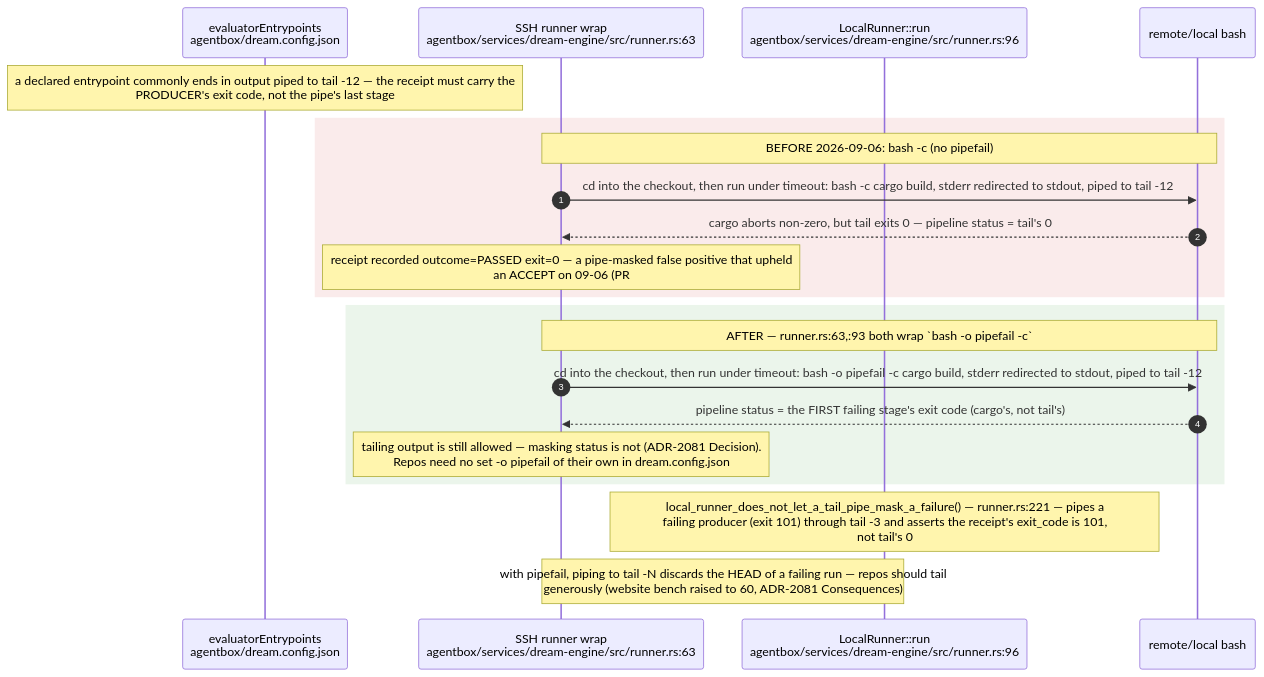
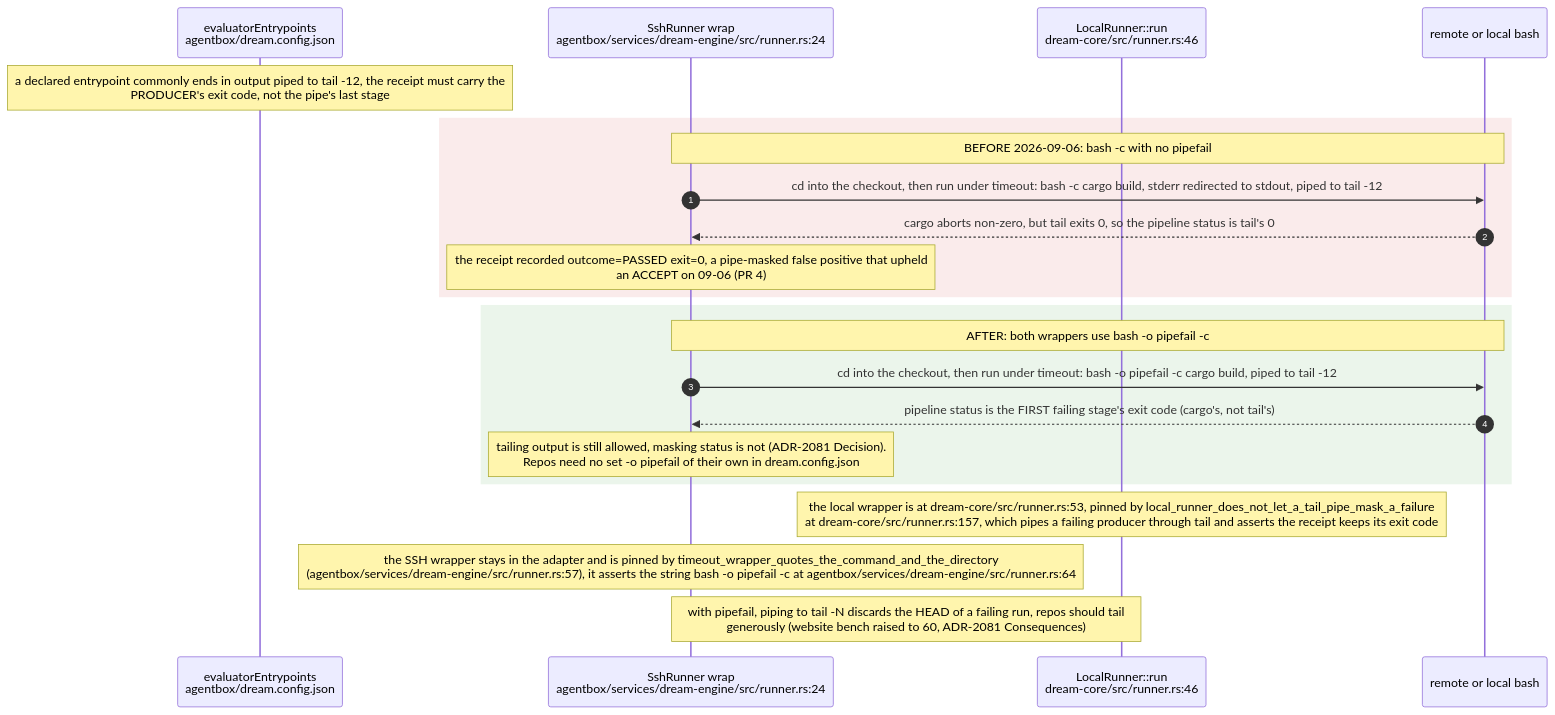
Diagram 12 of 20 in docs/diagrams/agentbox/23-dream-engine.md (DreamLab-AI/VisionFlow), drawn with Mermaid before and after one commit. The commit also changed other lines of this file and 12 other files, not shown here.

First line of the commit message:
docs(diagrams): map the dream-engine extraction (AB-23, ES-05, ES-90, new DE area)

````diff
--- a/docs/diagrams/agentbox/23-dream-engine.md
+++ b/docs/diagrams/agentbox/23-dream-engine.md
@@ -738,24 +674,25 @@
 ```mermaid
 sequenceDiagram
     autonumber
     participant CFG as evaluatorEntrypoints<br/>agentbox/dream.config.json
-    participant SSH as SSH runner wrap<br/>agentbox/services/dream-engine/src/runner.rs:63
-    participant LOC as LocalRunner::run<br/>agentbox/services/dream-engine/src/runner.rs:96
-    participant SH as remote/local bash
+    participant SSH as SshRunner wrap<br/>agentbox/services/dream-engine/src/runner.rs:24
+    participant LOC as LocalRunner::run<br/>dream-core/src/runner.rs:46
+    participant SH as remote or local bash
 
-    Note over CFG: a declared entrypoint commonly ends in output piped to tail -12 — the receipt must carry the<br/>PRODUCER's exit code, not the pipe's last stage
+    Note over CFG: a declared entrypoint commonly ends in output piped to tail -12, the receipt must carry the<br/>PRODUCER's exit code, not the pipe's last stage
     rect rgb(250,235,235)
-        Note over SSH,SH: BEFORE 2026-09-06: bash -c (no pipefail)
+        Note over SSH,SH: BEFORE 2026-09-06: bash -c with no pipefail
         SSH->>SH: cd into the checkout, then run under timeout: bash -c cargo build, stderr redirected to stdout, piped to tail -12
-        SH-->>SSH: cargo aborts non-zero, but tail exits 0 — pipeline status = tail's 0
-        Note over SSH: receipt recorded outcome=PASSED exit=0 — a pipe-masked false positive that upheld<br/>an ACCEPT on 09-06 (PR #4)
+        SH-->>SSH: cargo aborts non-zero, but tail exits 0, so the pipeline status is tail's 0
+        Note over SSH: the receipt recorded outcome=PASSED exit=0, a pipe-masked false positive that upheld<br/>an ACCEPT on 09-06 (PR 4)
     end
     rect rgb(235,245,235)
-        Note over SSH,SH: AFTER — runner.rs:63,:93 both wrap `bash -o pipefail -c`
-        SSH->>SH: cd into the checkout, then run under timeout: bash -o pipefail -c cargo build, stderr redirected to stdout, piped to tail -12
-        SH-->>SSH: pipeline status = the FIRST failing stage's exit code (cargo's, not tail's)
-        Note over SSH: tailing output is still allowed — masking status is not (ADR-2081 Decision).<br/>Repos need no set -o pipefail of their own in dream.config.json
+        Note over SSH,SH: AFTER: both wrappers use bash -o pipefail -c
+        SSH->>SH: cd into the checkout, then run under timeout: bash -o pipefail -c cargo build, piped to tail -12
+        SH-->>SSH: pipeline status is the FIRST failing stage's exit code (cargo's, not tail's)
+        Note over SSH: tailing output is still allowed, masking status is not (ADR-2081 Decision).<br/>Repos need no set -o pipefail of their own in dream.config.json
     end
-    Note over LOC: local_runner_does_not_let_a_tail_pipe_mask_a_failure#40;#41; — runner.rs:221 — pipes a<br/>failing producer #40;exit 101#41; through tail -3 and asserts the receipt's exit_code is 101,<br/>not tail's 0
-    Note over SSH,LOC: with pipefail, piping to tail -N discards the HEAD of a failing run — repos should tail<br/>generously #40;website bench raised to 60, ADR-2081 Consequences#41;
+    Note over LOC: the local wrapper is at dream-core/src/runner.rs:53, pinned by local_runner_does_not_let_a_tail_pipe_mask_a_failure<br/>at dream-core/src/runner.rs:157, which pipes a failing producer through tail and asserts the receipt keeps its exit code
+    Note over SSH: the SSH wrapper stays in the adapter and is pinned by timeout_wrapper_quotes_the_command_and_the_directory<br/>(agentbox/services/dream-engine/src/runner.rs:57), it asserts the string bash -o pipefail -c at agentbox/services/dream-engine/src/runner.rs:64
+    Note over SSH,LOC: with pipefail, piping to tail -N discards the HEAD of a failing run, repos should tail<br/>generously (website bench raised to 60, ADR-2081 Consequences)
 ```
````
